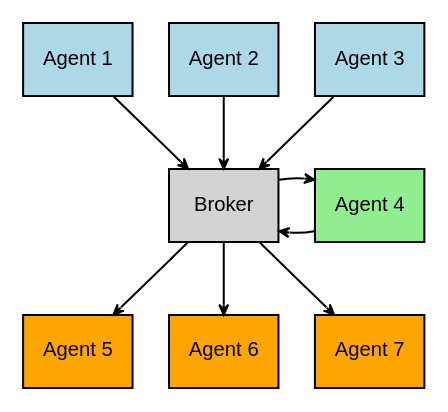
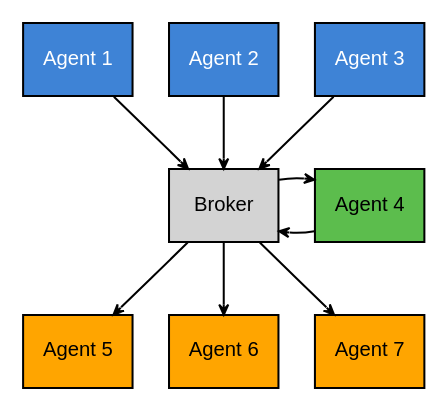
The first of 2 diagrams in presentations/intro.qmd (MADS-NET/mads-net.github.io), drawn with Graphviz before and after one commit. The commit also changed other lines of this file and 2 other files, not shown here.

````diff
--- a/presentations/intro.qmd
+++ b/presentations/intro.qmd
@@ -81,27 +62,27 @@
 ```{dot}
 digraph G {
   node [shape=box, style=filled, fontname="Arial", fontsize=10];
   edge [arrowhead=vee, arrowsize=0.5];
   bgcolor="#ffffff"
   
   broker [label="Broker"];
-  a1 [label="Agent 1", fillcolor=lightblue];
-  a2 [label="Agent 2", fillcolor=lightblue];
-  a3 [label="Agent 3", fillcolor=lightblue];
-  a4 [label="Agent 4", fillcolor=lightgreen];
+  a1 [label="Agent 1", fillcolor="#3e83d6", fontcolor=white];
+  a2 [label="Agent 2", fillcolor="#3e83d6", fontcolor=white];
+  a3 [label="Agent 3", fillcolor="#3e83d6", fontcolor=white];
+  a4 [label="Agent 4", fillcolor="#5cbd4d"];
   a5 [label="Agent 5", fillcolor=orange];
   a6 [label="Agent 6", fillcolor=orange];
   a7 [label="Agent 7", fillcolor=orange];
   
   { rank=same; broker; a4; }
   
   a1 -> broker;
   a2 -> broker;
   a3 -> broker;
   a4 -> broker;
   broker -> a4
   broker -> a5
   broker -> a6
   broker -> a7
 }
 ```
````
